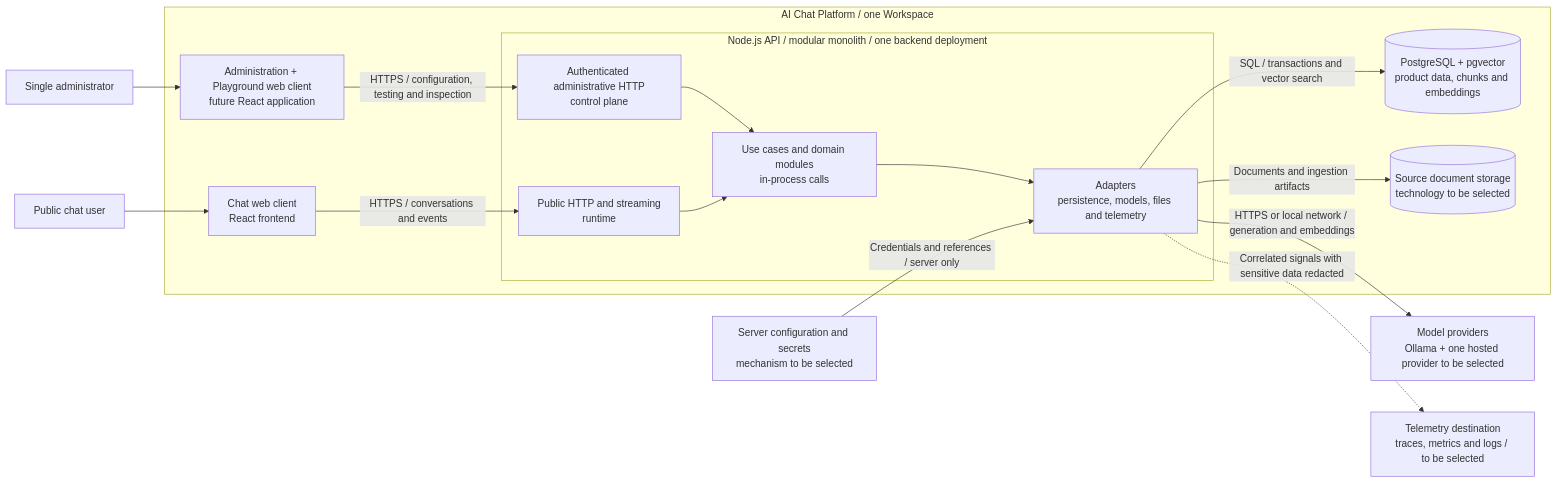
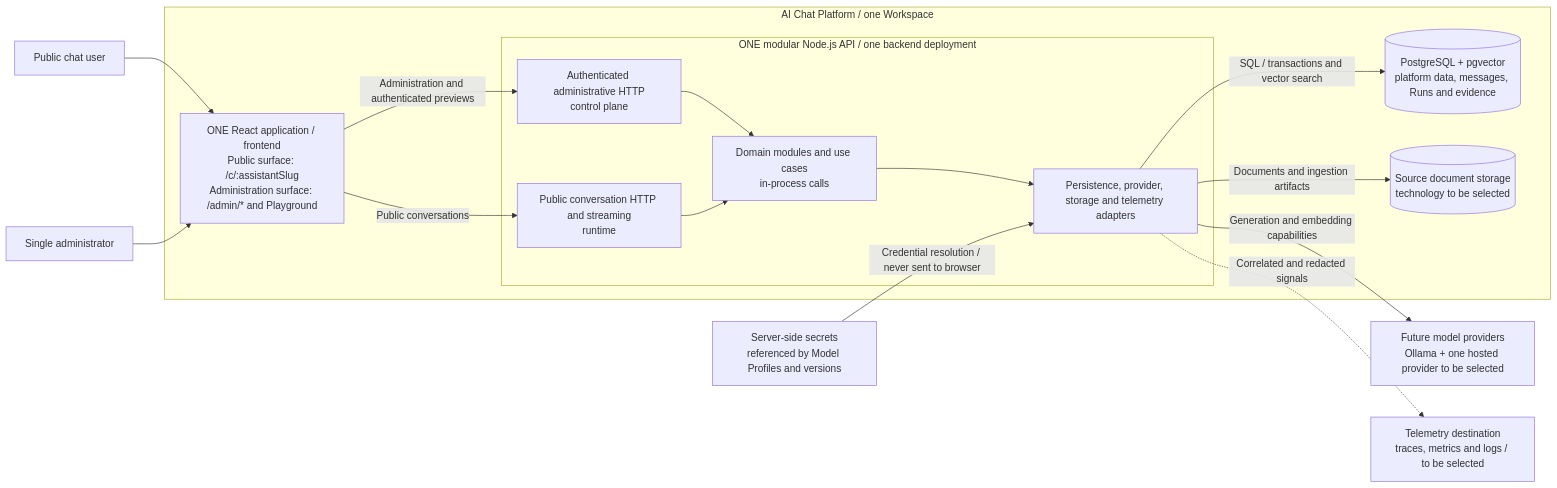
The second of 3 diagrams in docs/architecture.md (FelipeGarcia911/deepseek-chat), drawn with Mermaid before and after one commit. The commit also changed other lines of this file and 29 other files, not shown here.

First line of the commit message:
feat(config): validate platform configuration

````diff
--- a/docs/architecture.md
+++ b/docs/architecture.md
@@ -68,32 +56,31 @@
 ```mermaid
 flowchart LR
     visitor["Public chat user"]
     operator["Single administrator"]
     subgraph platform["AI Chat Platform / one Workspace"]
-        chat["Chat web client<br/>React frontend"]
-        admin["Administration + Playground web client<br/>future React application"]
-        subgraph api["Node.js API / modular monolith / one backend deployment"]
+        web["ONE React application / frontend<br/>Public surface: /c/:assistantSlug<br/>Administration surface: /admin/* and Playground"]
+        subgraph api["ONE modular Node.js API / one backend deployment"]
             control["Authenticated administrative HTTP<br/>control plane"]
-            runtime["Public HTTP and streaming<br/>runtime"]
-            modules["Use cases and domain modules<br/>in-process calls"]
-            adapters["Adapters<br/>persistence, models, files and telemetry"]
+            runtime["Public conversation HTTP and streaming<br/>runtime"]
+            modules["Domain modules and use cases<br/>in-process calls"]
+            adapters["Persistence, provider, storage and telemetry adapters"]
             control --> modules
             runtime --> modules
             modules --> adapters
         end
-        db[("PostgreSQL + pgvector<br/>product data, chunks and embeddings")]
+        db[("PostgreSQL + pgvector<br/>platform data, messages, Runs and evidence")]
         sources[("Source document storage<br/>technology to be selected")]
-        chat -->|"HTTPS / conversations and events"| runtime
-        admin -->|"HTTPS / configuration, testing and inspection"| control
+        web -->|"Administration and authenticated previews"| control
+        web -->|"Public conversations"| runtime
         adapters -->|"SQL / transactions and vector search"| db
         adapters -->|"Documents and ingestion artifacts"| sources
     end
-    models["Model providers<br/>Ollama + one hosted provider to be selected"]
-    secrets["Server configuration and secrets<br/>mechanism to be selected"]
+    models["Future model providers<br/>Ollama + one hosted provider to be selected"]
+    secrets["Server-side secrets<br/>referenced by Model Profiles and versions"]
     telemetry["Telemetry destination<br/>traces, metrics and logs / to be selected"]
-    visitor --> chat
-    operator --> admin
-    adapters -->|"HTTPS or local network / generation and embeddings"| models
-    secrets -->|"Credentials and references / server only"| adapters
-    adapters -.->|"Correlated signals with sensitive data redacted"| telemetry
+    visitor --> web
+    operator --> web
+    adapters -->|"Generation and embedding capabilities"| models
+    secrets -->|"Credential resolution / never sent to browser"| adapters
+    adapters -.->|"Correlated and redacted signals"| telemetry
 ```
````
